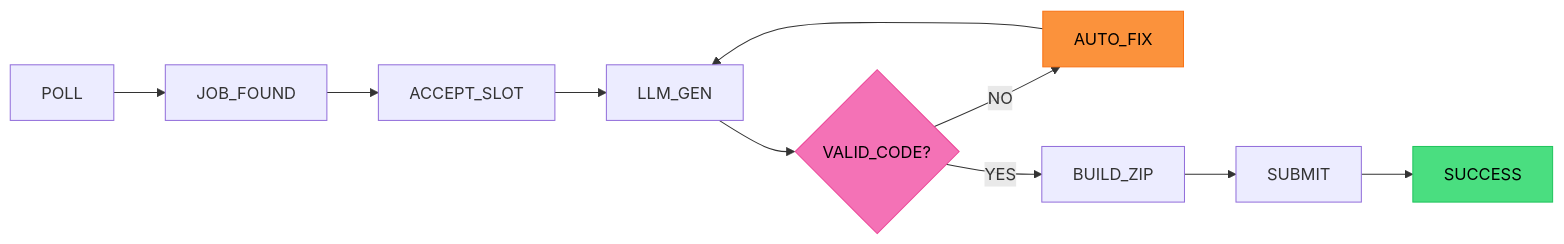
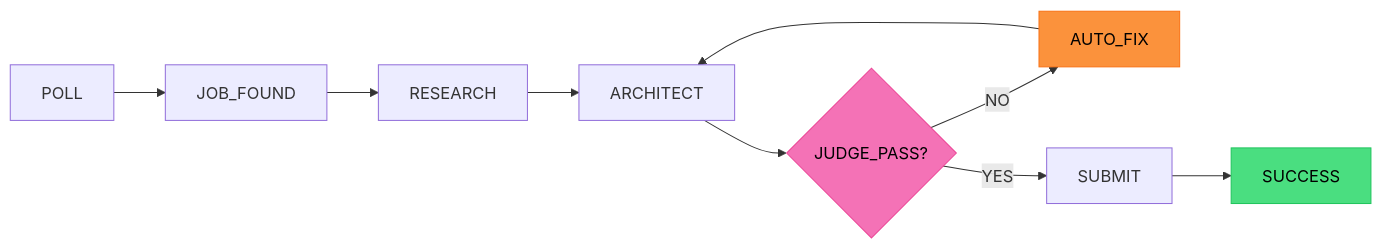
The second of 2 diagrams in README.md (anhquan075/seedstr-hackathon-agent), drawn with Mermaid before and after one commit. The commit also changed other lines of this file, not shown here.

Commit message:
docs: finalize README with Architect-Judge pipeline and Value Frontier model routing

````diff
--- a/README.md
+++ b/README.md
@@ -110,16 +112,15 @@
 ```mermaid
 graph LR
     POLL[POLL] --> JOB[JOB_FOUND]
-    JOB --> ACCEPT[ACCEPT_SLOT]
-    ACCEPT --> LLM[LLM_GEN]
-    LLM --> VALIDATE{VALID_CODE?}
-    VALIDATE -- NO --> FIX[AUTO_FIX]
-    FIX --> LLM
-    VALIDATE -- YES --> BUILD[BUILD_ZIP]
-    BUILD --> SUBMIT[SUBMIT]
+    JOB --> RESEARCH[RESEARCH]
+    RESEARCH --> ARCHITECT[ARCHITECT]
+    ARCHITECT --> JUDGE{JUDGE_PASS?}
+    JUDGE -- NO --> FIX[AUTO_FIX]
+    FIX --> ARCHITECT
+    JUDGE -- YES --> SUBMIT[SUBMIT]
     SUBMIT --> DONE[SUCCESS]
     
-    style VALIDATE fill:#f472b6,stroke:#ec4899,color:#000
+    style JUDGE fill:#f472b6,stroke:#ec4899,color:#000
     style FIX fill:#fb923c,stroke:#f97316,color:#000
     style DONE fill:#4ade80,stroke:#22c55e,color:#000
 ```
````
